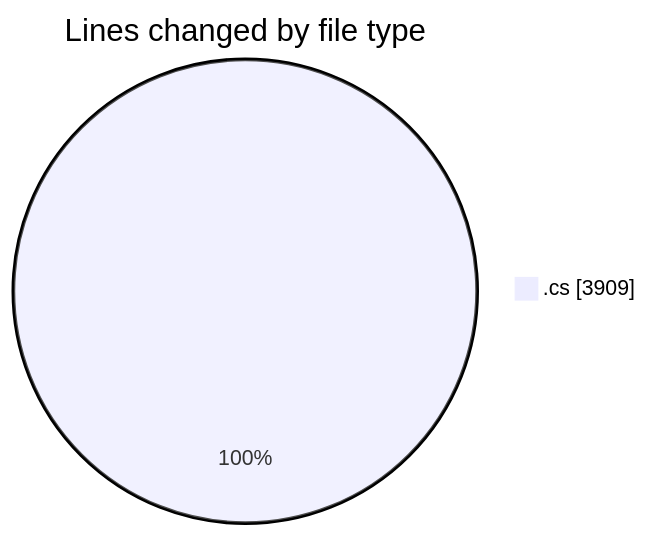
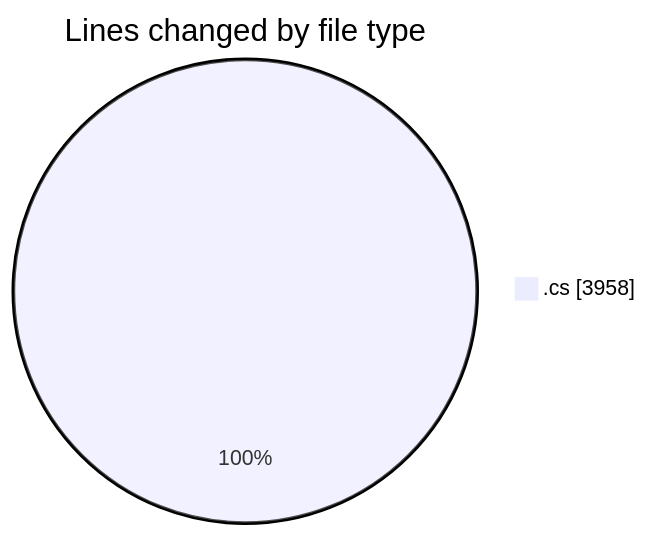
The first of 2 diagrams in 2025-04-06/back-end/README.md (Netris89/code-tracking), drawn with Mermaid before and after one commit. The commit also changed other lines of this file and 1 other file, not shown here.

````diff
--- a/2025-04-06/back-end/README.md
+++ b/2025-04-06/back-end/README.md
@@ -39,5 +40,5 @@
 ```mermaid
 pie showData
 title Lines changed by file type
-".cs" : 3909
+".cs" : 3958
 ```
````
